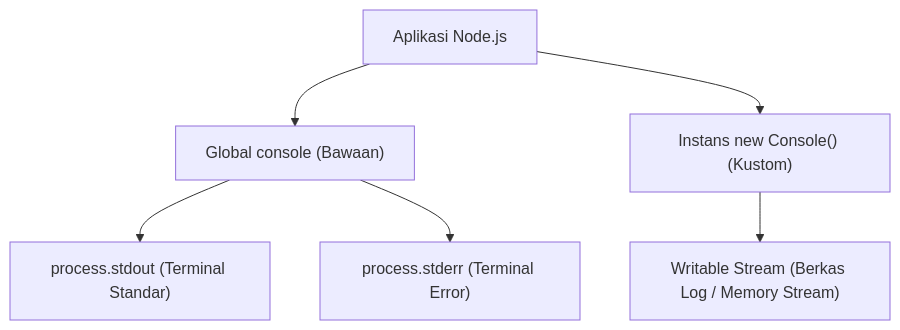
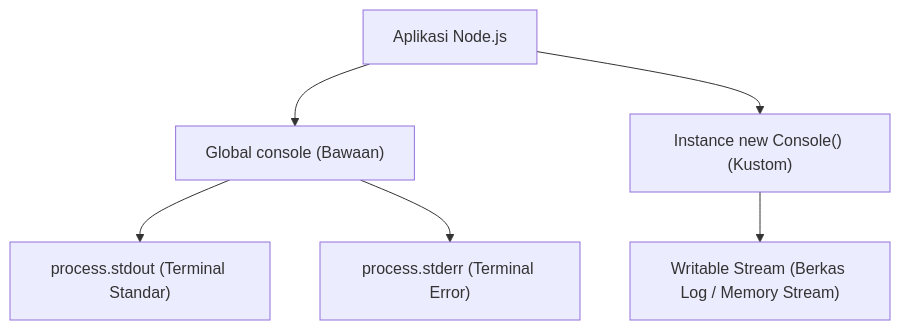
One commit to san4byte/nodejs-handbook changed the diagram in 01-core-modules/22-console/README.md. Above: the diagram before and after it, drawn with Mermaid. The commit also changed other lines of this file and 64 other files, not shown here.

````diff
--- a/01-core-modules/22-console/README.md
+++ b/01-core-modules/22-console/README.md
@@ -24,8 +28,8 @@
 ```mermaid
 flowchart TD
     APP["Aplikasi Node.js"] --> GLOBAL_LOG["Global console (Bawaan)"]
-    APP --> CUSTOM_LOG["Instans new Console() (Kustom)"]
+    APP --> CUSTOM_LOG["Instance new Console() (Kustom)"]
     GLOBAL_LOG --> STDOUT["process.stdout (Terminal Standar)"]
     GLOBAL_LOG --> STDERR["process.stderr (Terminal Error)"]
     CUSTOM_LOG --> CUSTOM_STREAM["Writable Stream (Berkas Log / Memory Stream)"]
 ```
````
